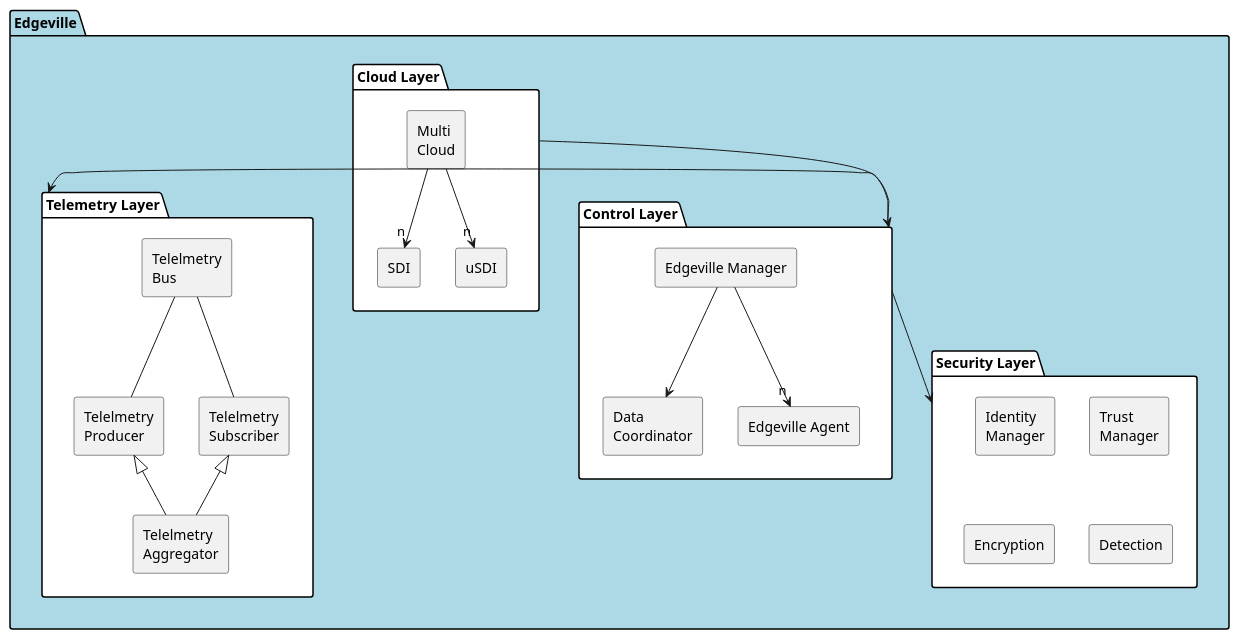
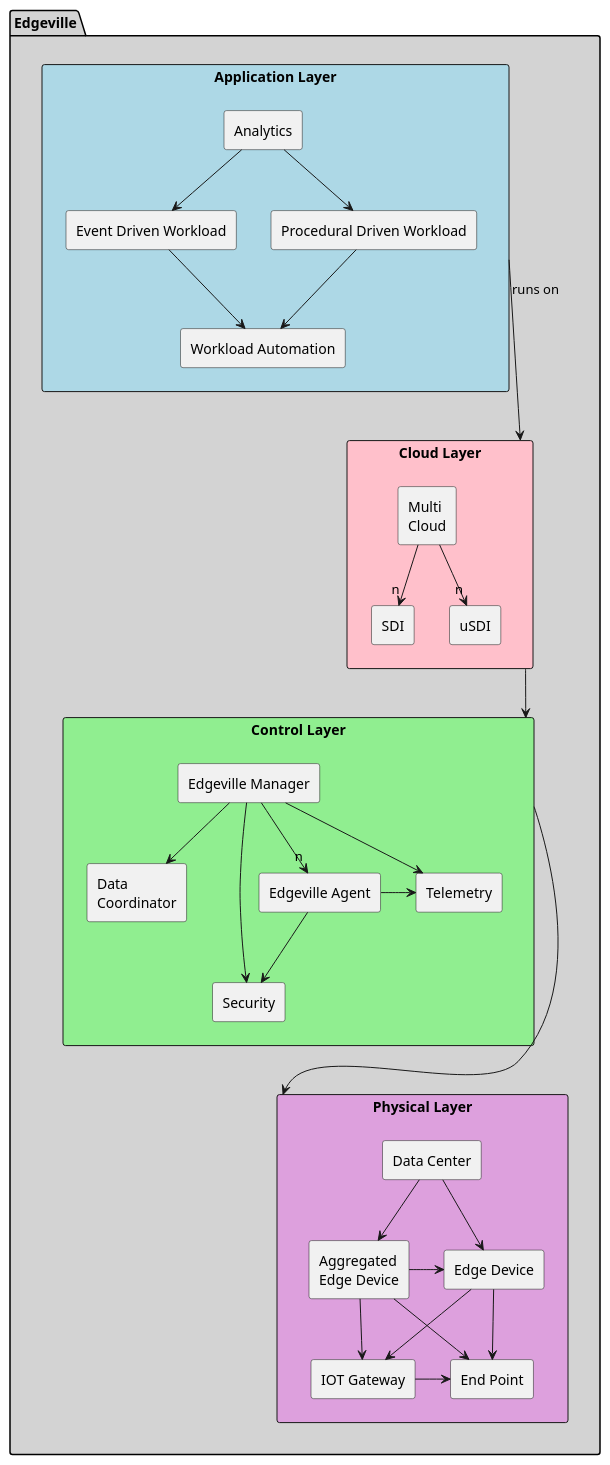
The diagram in docs/Solution/HighLevelLogical.puml (CAADE/edgeville), drawn with PlantUML before and after one commit. The commit also changed other lines of this file and 509 other files, not shown here.

```diff
--- a/docs/Solution/HighLevelLogical.puml
+++ b/docs/Solution/HighLevelLogical.puml
@@ -1,38 +1,54 @@
 @startuml
 
-package Edgeville #lightblue {
-    package "Cloud Layer" as Cloud #white {
+package Edgeville #lightgray {
+    rectangle "Cloud Layer" as Cloud #pink {
       rectangle "SDI"
       rectangle "uSDI"
       rectangle "Multi\nCloud" as HC
       HC --> "n" SDI
       HC --> "n" uSDI
     }
-    package "Control Layer" as Control #white {
+    rectangle "Control Layer" as Control #lightgreen {
       rectangle "Data\nCoordinator" as DC
       rectangle "Edgeville Manager" as EM
       rectangle "Edgeville Agent" as EA
+      rectangle "Telemetry" as Telemetry
+      rectangle "Security" as Security
       EM --> "n" EA
       EM --> DC
+      EM -> Telemetry
+      EA -> Telemetry
+      EM --> Security
+      EA --> Security
     }
-    package "Telemetry Layer" as Telemetry #white {
-      rectangle "Telelmetry\nProducer" as TP
-      rectangle "Telelmetry\nBus" as TB
-      rectangle "Telelmetry\nSubscriber" as TS
-      rectangle "Telelmetry\nAggregator" as TA
-      TB -- TP
-      TB -- TS
-      TP <|-- TA
-      TS <|-- TA
+    rectangle "Application Layer" as AL #lightblue {
+      rectangle "Analytics" as ALA
+      rectangle "Event Driven Workload" as ALE
+      rectangle "Procedural Driven Workload" as ALP
+      rectangle "Workload Automation" as ALW
+      ALA --> ALP
+      ALA --> ALE
+      ALE --> ALW
+      ALP --> ALW
     }
-    package "Security Layer" as Security #white {
-      rectangle "Identity\nManager" as IM
-      rectangle "Trust\nManager" as TM
-      rectangle "Encryption" as SLE
-      rectangle "Detection" as SLD
+    rectangle "Physical Layer" as PL #plum {
+      rectangle "Data Center" as PLDC
+      rectangle "Aggregated\nEdge Device" as AED
+      rectangle "Edge Device" as ED
+      rectangle "End Point" as EP
+      rectangle "IOT Gateway" as IG
+      PLDC -> AED
+      PLDC --> ED
+      AED -> ED
+      AED --> IG
+      AED --> EP
+      ED -> IG
+      IG -> EP
+      ED --> EP
     }
-    Control -> Telemetry
-    Control --> Security
-    Cloud --> Control
+
+    AL ----> Cloud : runs on
+    Cloud ---> Control
+    Control ----> PL
 }
 @enduml
```
